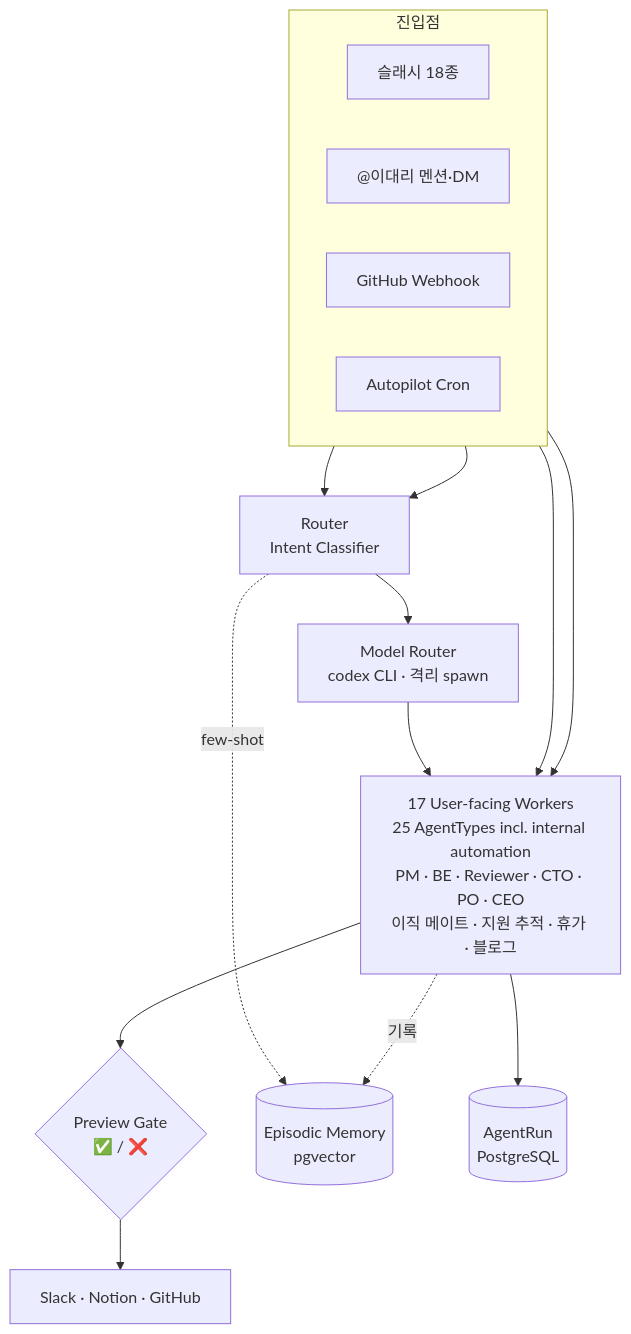
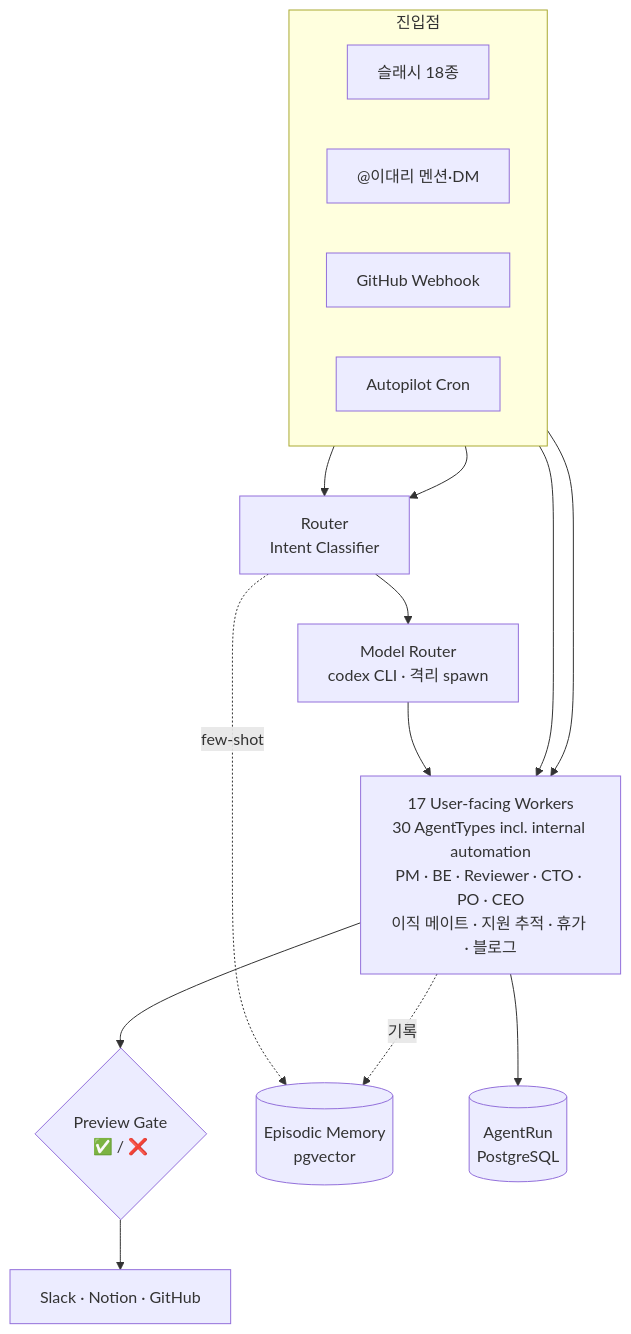
The diagram in README.md (JSL107/personal_agents), drawn with Mermaid before and after one commit. The commit also changed other lines of this file, not shown here.

````diff
--- a/README.md
+++ b/README.md
@@ -41,28 +41,28 @@
 ```mermaid
 flowchart TD
     subgraph IN["진입점"]
         direction LR
         S["슬래시 18종"]
         M["@이대리 멘션·DM"]
         W["GitHub Webhook"]
         C["Autopilot Cron"]
     end
 
     R["Router<br/>Intent Classifier"]
     MR["Model Router<br/>codex CLI · 격리 spawn"]
-    WK["17 User-facing Workers<br/>25 AgentTypes incl. internal automation<br/>PM · BE · Reviewer · CTO · PO · CEO<br/>이직 메이트 · 지원 추적 · 휴가 · 블로그"]
+    WK["17 User-facing Workers<br/>30 AgentTypes incl. internal automation<br/>PM · BE · Reviewer · CTO · PO · CEO<br/>이직 메이트 · 지원 추적 · 휴가 · 블로그"]
     PG{"Preview Gate<br/>✅ / ❌"}
     EXT["Slack · Notion · GitHub"]
     EM[("Episodic Memory<br/>pgvector")]
     AR[("AgentRun<br/>PostgreSQL")]
 
     S --> R
     M --> R
     R -. few-shot .-> EM
     R --> MR --> WK
     W --> WK
     C --> WK
     WK --> PG --> EXT
     WK --> AR
     WK -. 기록 .-> EM
 ```
````
